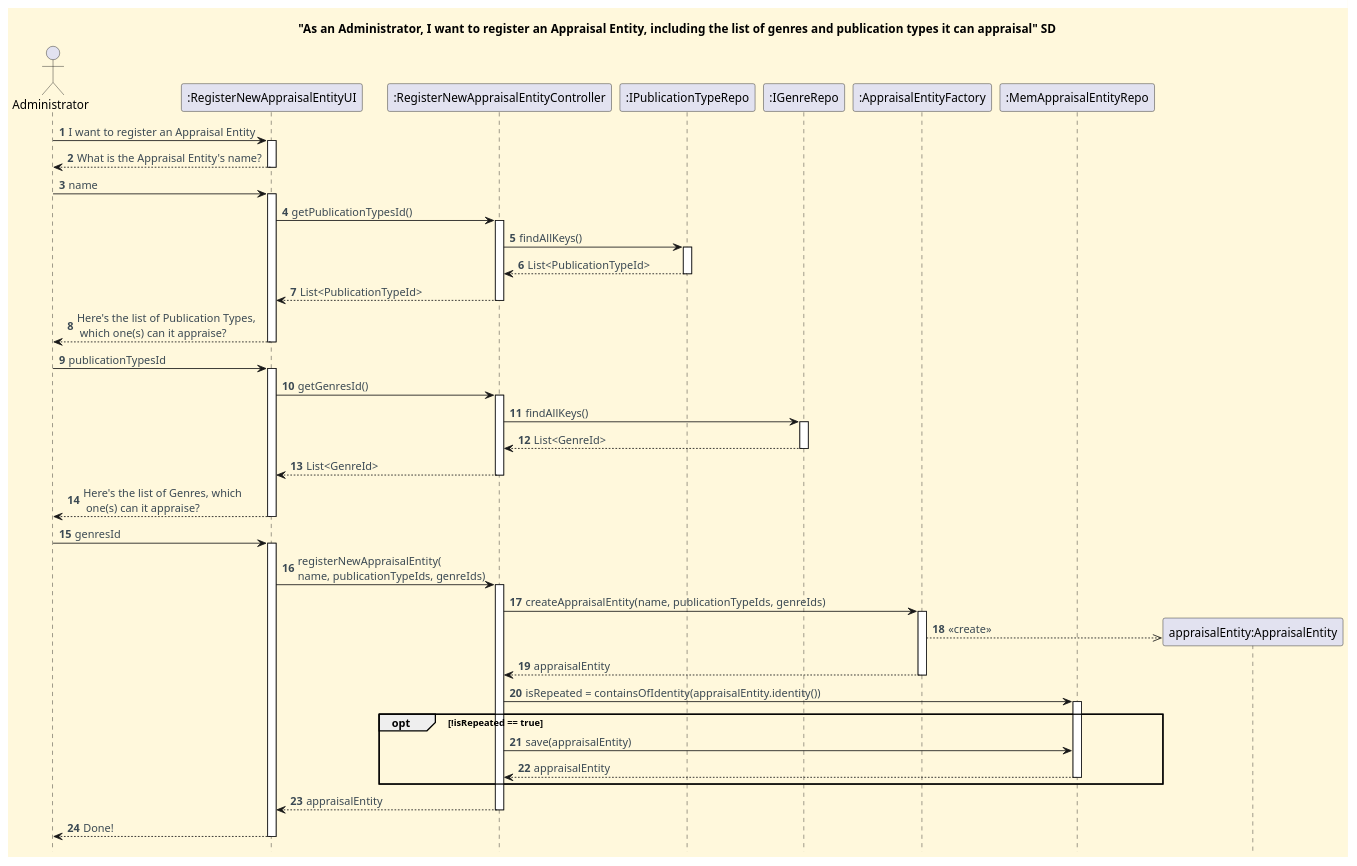
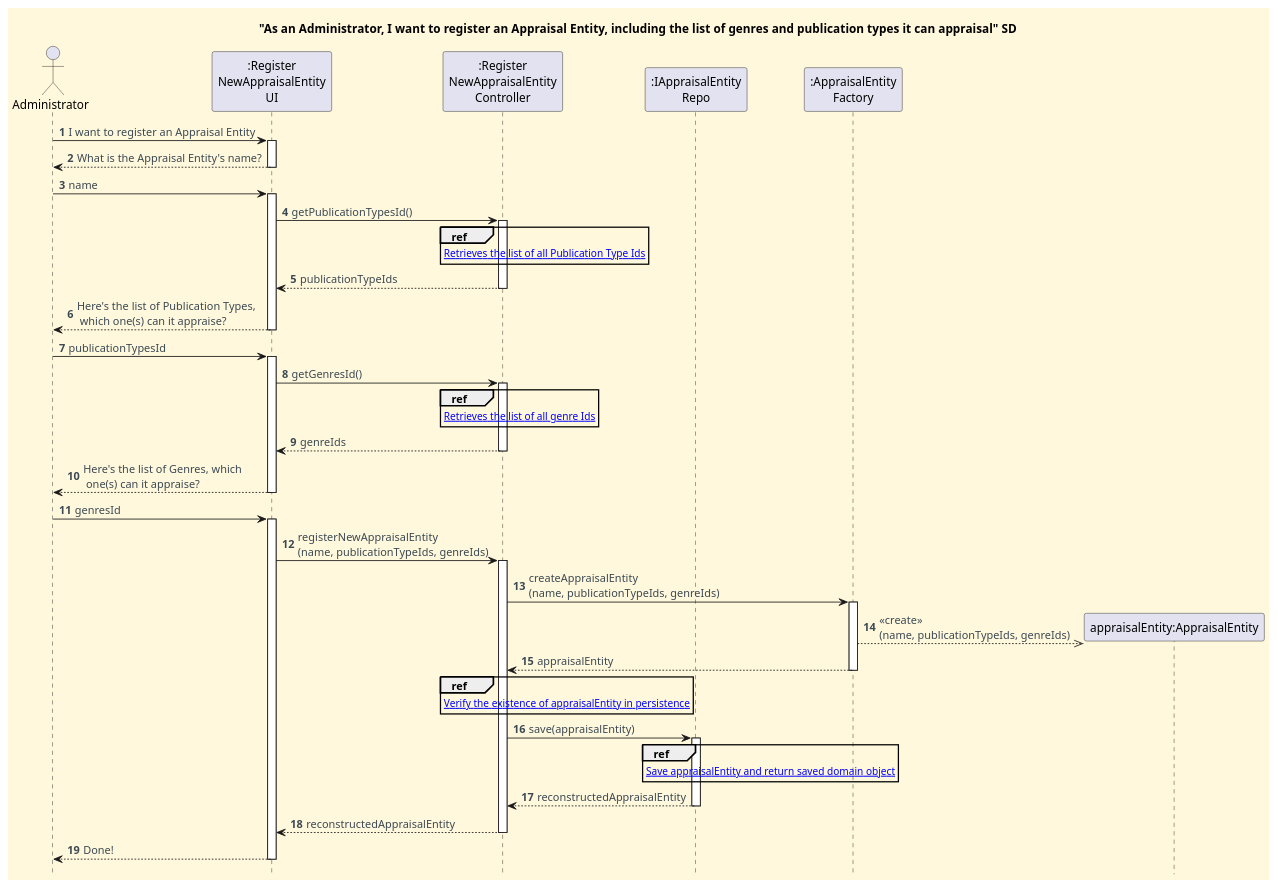
Before and after one commit to CarolinaLeite-collab/JavaMarketplacePlatform: the diagram in docs/functionalities/admin/register-new-appraisal-entity/Register_New_Appraisal_Entity_SD.puml, drawn with PlantUML. The commit also changed 5 other files, not shown here.

Commit message:
docs: updated sequence and class diagrams in Register New Appraisal Entity functionality to reflect new persistence implementation, closes #758

```diff
--- a/docs/functionalities/admin/register-new-appraisal-entity/Register_New_Appraisal_Entity_SD.puml
+++ b/docs/functionalities/admin/register-new-appraisal-entity/Register_New_Appraisal_Entity_SD.puml
@@ -1,97 +1,100 @@
 @startuml
 '==== Title ====
 title "As an Administrator, I want to register an Appraisal Entity, including the list of genres and publication types it can appraisal" SD
 
 
 '==== basic style ====
 skinparam monochrome false
 skinparam shadowing false
 skinparam defaultFontName Futura
 skinparam objectFontSize 20
 skinparam backgroundColor CornSilk
 skinparam objectBackgroundColor WhiteSmoke
 skinparam noteBackgroundColor #FFFFE0
 skinparam ArrowFontColor #3B4953
 skinparam ActivationBackgroundColor black
 hidefootbox
 autonumber
 
 
 ' ==== Actor and participants ====
 actor Administrator
-participant ":RegisterNewAppraisalEntityUI" as UI
-participant ":RegisterNewAppraisalEntityController" as CTL
-participant ":IPublicationTypeRepo" as PTR
-participant ":IGenreRepo" as grRepo
-participant ":AppraisalEntityFactory" as Factory
-participant ":MemAppraisalEntityRepo" as aeRepo
+participant ":Register\nNewAppraisalEntity\nUI" as UI
+participant ":Register\nNewAppraisalEntity\nController" as CTL
+participant ":IAppraisalEntity\nRepo" as IREPO
+participant ":AppraisalEntity\nFactory" as Factory
 
 
 
 '==== UI interaction ====
 Administrator -> UI: I want to register an Appraisal Entity
 activate UI
 UI --> Administrator: What is the Appraisal Entity's name?
 deactivate UI
 Administrator -> UI: name
 activate UI
 
 '==== Use case execution ====
 UI -> CTL: getPublicationTypesId()
 activate CTL
-CTL -> PTR: findAllKeys()
-activate PTR
-PTR --> CTL: List<PublicationTypeId>
-deactivate PTR
-CTL --> UI: List<PublicationTypeId>
+ref over CTL
+[[sd-ref-diagrams/Get_Publication_Type_Ids.puml Retrieves the list of all Publication Type Ids]]
+end ref
+CTL --> UI: publicationTypeIds
 deactivate CTL
 
 UI --> Administrator: Here's the list of Publication Types, \n which one(s) can it appraise?
 deactivate UI
 
 Administrator -> UI: publicationTypesId
 activate UI
 UI -> CTL: getGenresId()
 activate CTL
-CTL -> grRepo: findAllKeys()
-activate grRepo
-grRepo --> CTL: List<GenreId>
-deactivate grRepo
-CTL --> UI: List<GenreId>
+
+ref over CTL
+[[sd-ref-diagrams/Get_Genre_Ids.puml Retrieves the list of all genre Ids]]
+end ref
+
+'CTL -> grRepo: findAllKeys()
+'activate grRepo
+'grRepo --> CTL: List<GenreId>
+'deactivate grRepo
+CTL --> UI: genreIds
 deactivate CTL
 
 UI --> Administrator: Here's the list of Genres, which \n one(s) can it appraise?
 deactivate UI
 
 Administrator -> UI: genresId
 activate UI
-UI -> CTL: registerNewAppraisalEntity(\nname, publicationTypeIds, genreIds)
+UI -> CTL: registerNewAppraisalEntity\n(name, publicationTypeIds, genreIds)
 activate CTL
 
-CTL -> Factory: createAppraisalEntity(name, publicationTypeIds, genreIds)
+CTL -> Factory: createAppraisalEntity\n(name, publicationTypeIds, genreIds)
 create "appraisalEntity:AppraisalEntity"
 
 activate Factory
-Factory -->> "appraisalEntity:AppraisalEntity": <<create>>
+Factory -->> "appraisalEntity:AppraisalEntity": <<create>>\n(name, publicationTypeIds, genreIds)
 Factory --> CTL: appraisalEntity
 deactivate Factory
 
-deactivate aeRepo
+ref over CTL
+[[sd-ref-diagrams/Verify_Publication_Type.puml Verify the existence of appraisalEntity in persistence]]
+end ref
 
-CTL -> aeRepo : isRepeated = containsOfIdentity(appraisalEntity.identity())
+CTL -> IREPO : save(appraisalEntity)
+activate IREPO
 
-activate aeRepo
-opt !isRepeated == true
+ref over IREPO
+[[sd-ref-diagrams/Save_Publication_Type.puml Save appraisalEntity and return saved domain object]]
+end ref
 
-        CTL -> aeRepo : save(appraisalEntity)
-        CTL <-- aeRepo : appraisalEntity
-        deactivate aeRepo
+CTL <-- IREPO : reconstructedAppraisalEntity
+deactivate IREPO
 
-    end
-
-CTL --> UI: appraisalEntity
+CTL --> UI: reconstructedAppraisalEntity
 deactivate CTL
 UI --> Administrator: Done!
 deactivate UI
 
 @enduml
```
